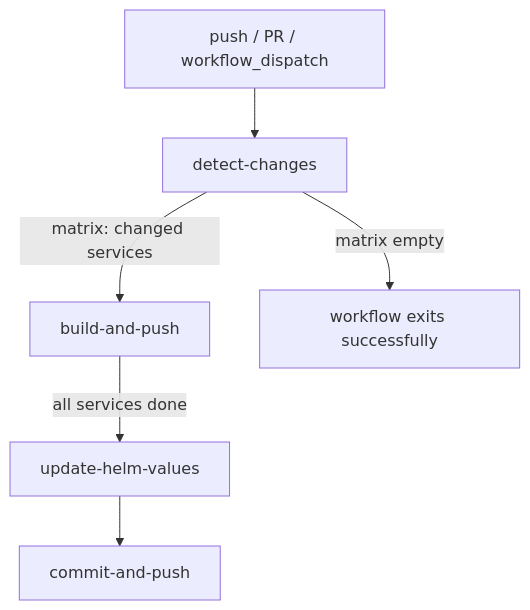
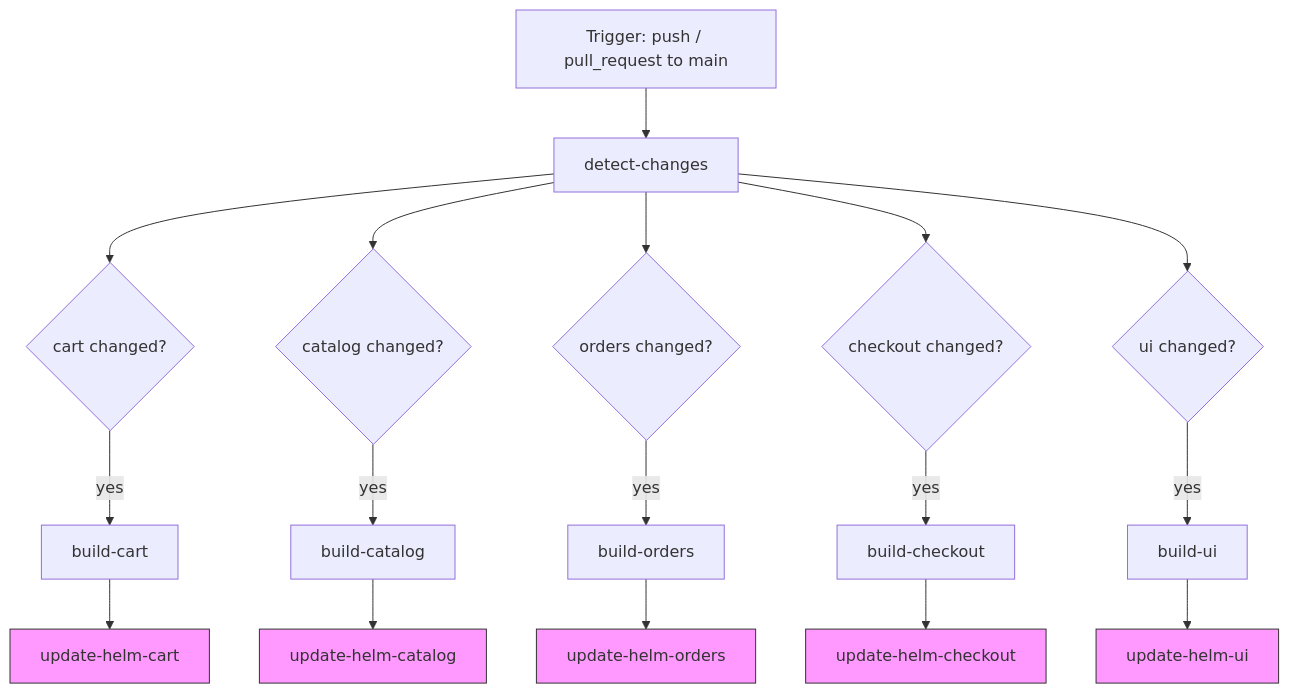
One commit to Shazil91/retail-store-sample-app changed the diagram in .kiro/specs/github-actions-cicd/design.md. Above: the diagram before and after it, drawn with Mermaid. The commit also changed other lines of this file and 6 other files, not shown here.

````diff
--- a/.kiro/specs/github-actions-cicd/design.md
+++ b/.kiro/specs/github-actions-cicd/design.md
@@ -26,9 +23,27 @@
 ```mermaid
 flowchart TD
-    A[push / PR / workflow_dispatch] --> B[detect-changes]
-    B -->|matrix: changed services| C[build-and-push]
-    C -->|all services done| D[update-helm-values]
-    D --> E[commit-and-push]
+    A[Trigger: push / pull_request to main] --> B[detect-changes]
+    B --> C{cart changed?}
+    B --> D{catalog changed?}
+    B --> E{orders changed?}
+    B --> F{checkout changed?}
+    B --> G{ui changed?}
 
-    B -->|matrix empty| F[workflow exits successfully]
+    C -- yes --> H[build-cart]
+    D -- yes --> I[build-catalog]
+    E -- yes --> J[build-orders]
+    F -- yes --> K[build-checkout]
+    G -- yes --> L[build-ui]
+
+    H --> M[update-helm-cart]
+    I --> N[update-helm-catalog]
+    J --> O[update-helm-orders]
+    K --> P[update-helm-checkout]
+    L --> Q[update-helm-ui]
+
+    style M fill:#f9f,stroke:#333
+    style N fill:#f9f,stroke:#333
+    style O fill:#f9f,stroke:#333
+    style P fill:#f9f,stroke:#333
+    style Q fill:#f9f,stroke:#333
 ```
````
